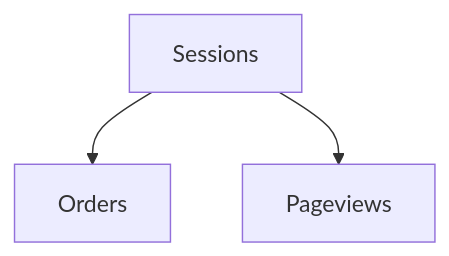
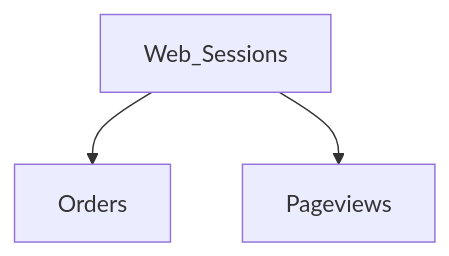
One commit to walidmedani/SQL-Web_Analytics changed the diagram in README.md. Above: the diagram before and after it, drawn with Mermaid.

````diff
--- a/README.md
+++ b/README.md
@@ -15,5 +15,5 @@
 ```mermaid
 graph TD;
-    Sessions-->Orders;
-    Sessions-->Pageviews;
+    Web_Sessions-->Orders;
+    Web_Sessions-->Pageviews;
 ```
````
